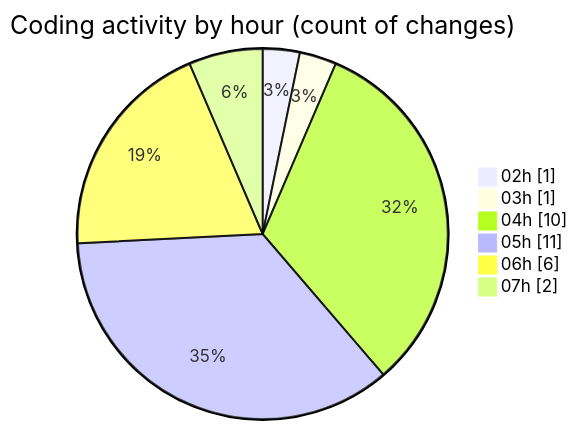
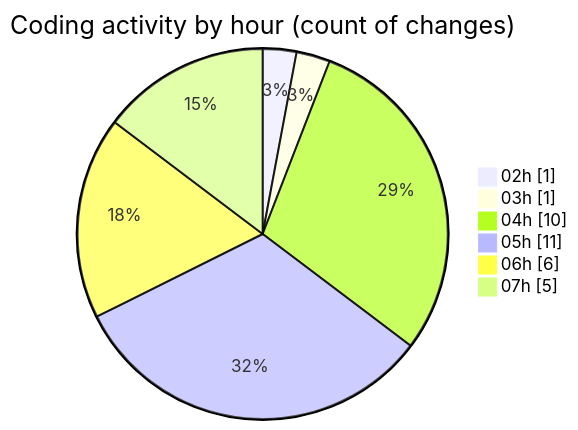
One commit to julien-gomy/code-tracking changed the second of 2 diagrams in 2025-10-31/cdp_aleoudev_fr__workspace_/README.md. Above: the diagram before and after it, drawn with Mermaid. The commit also changed other lines of this file and 1 other file, not shown here.

````diff
--- a/2025-10-31/cdp_aleoudev_fr__workspace_/README.md
+++ b/2025-10-31/cdp_aleoudev_fr__workspace_/README.md
@@ -29,10 +29,10 @@
 ```mermaid
 pie showData
 title Coding activity by hour (count of changes)
 "02h" : 1
 "03h" : 1
 "04h" : 10
 "05h" : 11
 "06h" : 6
-"07h" : 2
+"07h" : 5
 ```
````
